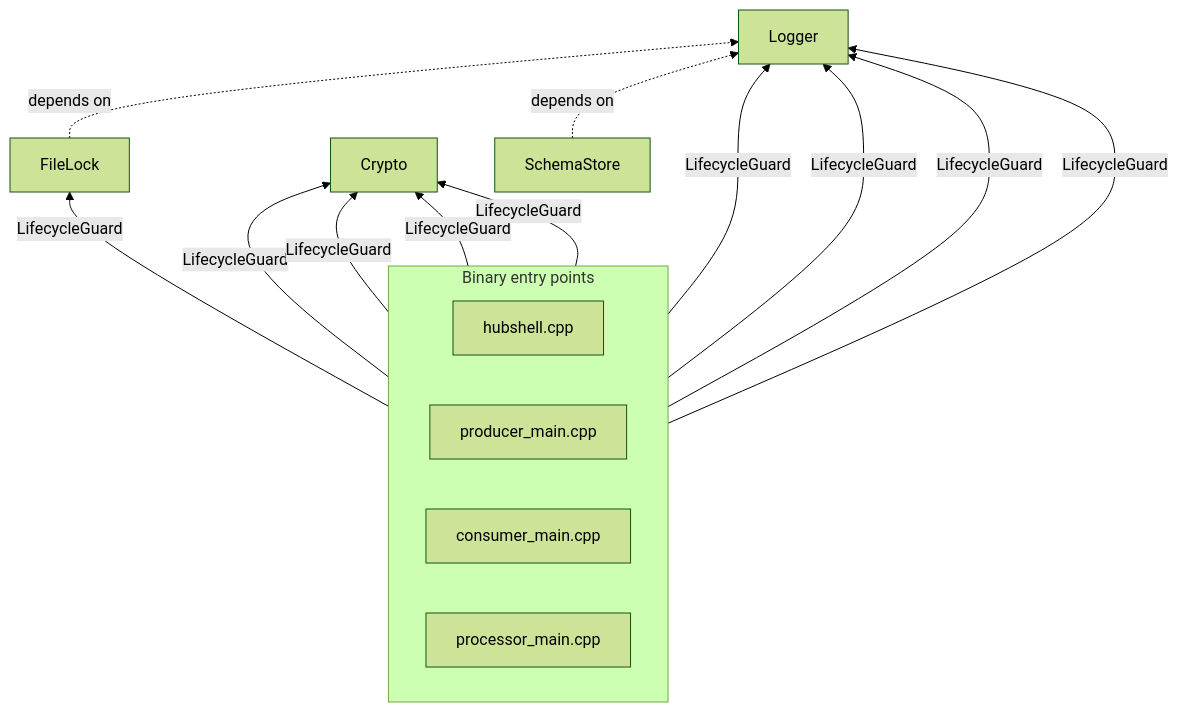
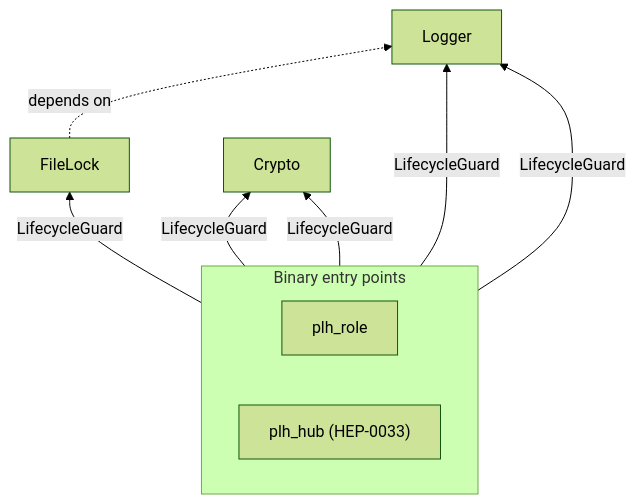
One commit to Qing-LAB/pylabhub changed the fourth of 6 diagrams in docs/HEP/HEP-CORE-0001-hybrid-lifecycle-model.md. Above: the diagram before and after it, drawn with Mermaid (forest theme). The commit also changed other lines of this file and 6 other files, not shown here.

````diff
--- a/docs/HEP/HEP-CORE-0001-hybrid-lifecycle-model.md
+++ b/docs/HEP/HEP-CORE-0001-hybrid-lifecycle-model.md
@@ -162,28 +162,20 @@
 ```mermaid
 flowchart BT
     Logger["Logger"]
     FileLock["FileLock"]
     Crypto["Crypto"]
-    SchemaStore["SchemaStore"]
 
     FileLock -.->|depends on| Logger
-    SchemaStore -.->|depends on| Logger
 
     subgraph Binaries["Binary entry points"]
         direction LR
-        HubShell["hubshell.cpp"]
-        ProdMain["producer_main.cpp"]
-        ConsMain["consumer_main.cpp"]
-        ProcMain["processor_main.cpp"]
+        PlhRole["plh_role"]
+        PlhHub["plh_hub (HEP-0033)"]
     end
 
-    HubShell -->|LifecycleGuard| Logger
-    HubShell -->|LifecycleGuard| FileLock
-    HubShell -->|LifecycleGuard| Crypto
-    ProdMain -->|LifecycleGuard| Logger
-    ProdMain -->|LifecycleGuard| Crypto
-    ConsMain -->|LifecycleGuard| Logger
-    ConsMain -->|LifecycleGuard| Crypto
-    ProcMain -->|LifecycleGuard| Logger
-    ProcMain -->|LifecycleGuard| Crypto
+    PlhHub  -->|LifecycleGuard| Logger
+    PlhHub  -->|LifecycleGuard| FileLock
+    PlhHub  -->|LifecycleGuard| Crypto
+    PlhRole -->|LifecycleGuard| Logger
+    PlhRole -->|LifecycleGuard| Crypto
 ```
````
